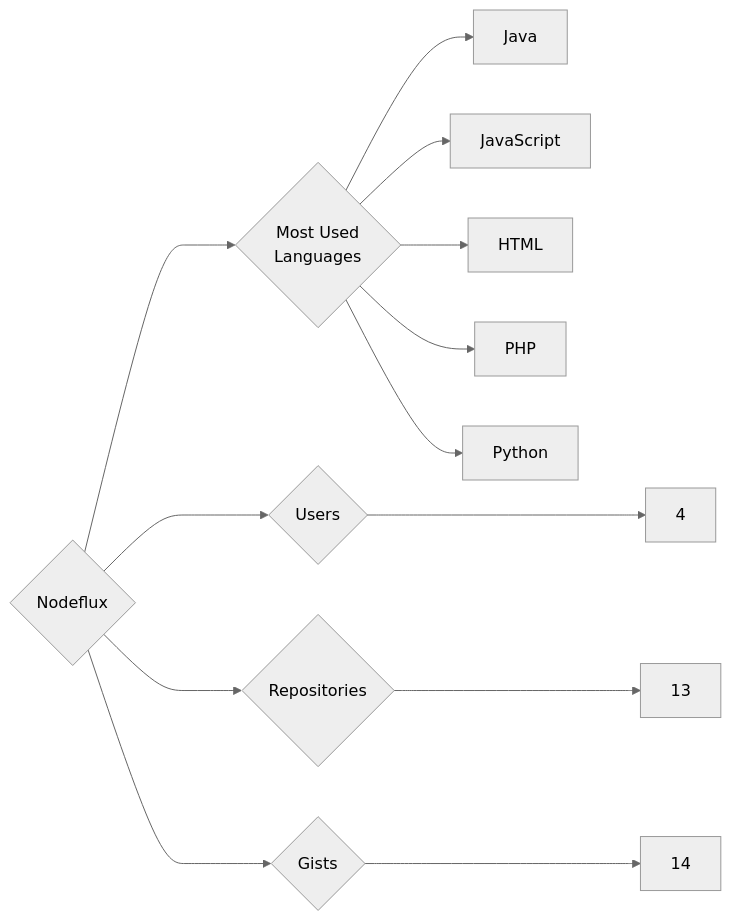
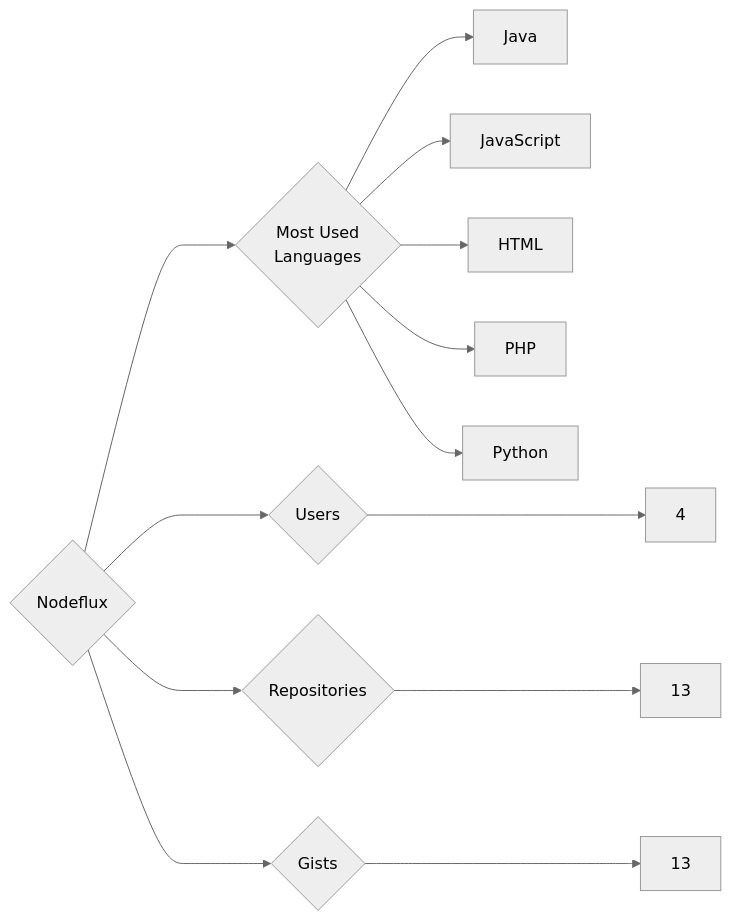
The diagram in targets/Nodeflux/README.md (trickest/insiders), drawn with Mermaid (neutral theme) before and after one commit. The commit also changed 1389 other files, not shown here.

````diff
--- a/targets/Nodeflux/README.md
+++ b/targets/Nodeflux/README.md
@@ -3,13 +3,13 @@
 ```mermaid
 graph LR
 COMPANY_NAME{Nodeflux}
 COMPANY_NAME ---> U{Users} ---> UN[4]
 COMPANY_NAME ---> R{Repositories} ---> RN[13]
-COMPANY_NAME ---> G{Gists} ---> GN[14]
+COMPANY_NAME ---> G{Gists} ---> GN[13]
 COMPANY_NAME ---> ML{Most Used<br>Languages}
 ML --> Java[Java]
 ML --> JavaScript[JavaScript]
 ML --> HTML[HTML]
 ML --> PHP[PHP]
 ML --> Python[Python]
 ```
````
